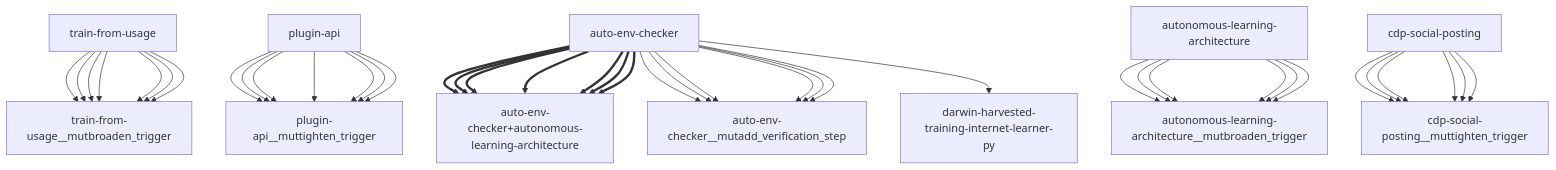
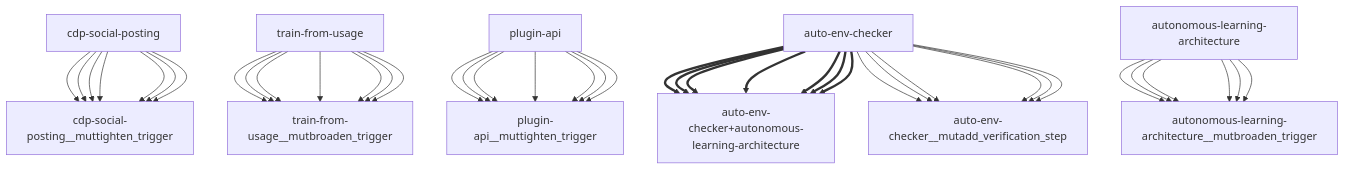
The diagram in reports/darwin-report.md (openamer/openamer), drawn with Mermaid before and after one commit. The commit also changed other lines of this file and 4 other files, not shown here.

````diff
--- a/reports/darwin-report.md
+++ b/reports/darwin-report.md
@@ -66,43 +66,43 @@
 ```mermaid
 graph TD
+    cdp-social-posting["cdp-social-posting"] --> cdp-social-posting__muttighten_trigger["cdp-social-posting__muttighten_trigger"]
     train-from-usage["train-from-usage"] --> train-from-usage__mutbroaden_trigger["train-from-usage__mutbroaden_trigger"]
     plugin-api["plugin-api"] --> plugin-api__muttighten_trigger["plugin-api__muttighten_trigger"]
     auto-env-checker["auto-env-checker"] ==> auto-env-checker+autonomous-learning-architecture["auto-env-checker+autonomous-learning-architecture"]
     auto-env-checker["auto-env-checker"] --> auto-env-checker__mutadd_verification_step["auto-env-checker__mutadd_verification_step"]
     autonomous-learning-architecture["autonomous-learning-architecture"] --> autonomous-learning-architecture__mutbroaden_trigger["autonomous-learning-architecture__mutbroaden_trigger"]
     cdp-social-posting["cdp-social-posting"] --> cdp-social-posting__muttighten_trigger["cdp-social-posting__muttighten_trigger"]
     train-from-usage["train-from-usage"] --> train-from-usage__mutbroaden_trigger["train-from-usage__mutbroaden_trigger"]
     plugin-api["plugin-api"] --> plugin-api__muttighten_trigger["plugin-api__muttighten_trigger"]
     auto-env-checker["auto-env-checker"] ==> auto-env-checker+autonomous-learning-architecture["auto-env-checker+autonomous-learning-architecture"]
     auto-env-checker["auto-env-checker"] --> auto-env-checker__mutadd_verification_step["auto-env-checker__mutadd_verification_step"]
     autonomous-learning-architecture["autonomous-learning-architecture"] --> autonomous-learning-architecture__mutbroaden_trigger["autonomous-learning-architecture__mutbroaden_trigger"]
     cdp-social-posting["cdp-social-posting"] --> cdp-social-posting__muttighten_trigger["cdp-social-posting__muttighten_trigger"]
     train-from-usage["train-from-usage"] --> train-from-usage__mutbroaden_trigger["train-from-usage__mutbroaden_trigger"]
     plugin-api["plugin-api"] --> plugin-api__muttighten_trigger["plugin-api__muttighten_trigger"]
     auto-env-checker["auto-env-checker"] ==> auto-env-checker+autonomous-learning-architecture["auto-env-checker+autonomous-learning-architecture"]
     auto-env-checker["auto-env-checker"] --> auto-env-checker__mutadd_verification_step["auto-env-checker__mutadd_verification_step"]
     autonomous-learning-architecture["autonomous-learning-architecture"] --> autonomous-learning-architecture__mutbroaden_trigger["autonomous-learning-architecture__mutbroaden_trigger"]
     cdp-social-posting["cdp-social-posting"] --> cdp-social-posting__muttighten_trigger["cdp-social-posting__muttighten_trigger"]
     train-from-usage["train-from-usage"] --> train-from-usage__mutbroaden_trigger["train-from-usage__mutbroaden_trigger"]
     plugin-api["plugin-api"] --> plugin-api__muttighten_trigger["plugin-api__muttighten_trigger"]
     auto-env-checker["auto-env-checker"] ==> auto-env-checker+autonomous-learning-architecture["auto-env-checker+autonomous-learning-architecture"]
-    auto-env-checker["auto-env-checker"] --> darwin-harvested-training-internet-learner-py["darwin-harvested-training-internet-learner-py"]
     auto-env-checker["auto-env-checker"] --> auto-env-checker__mutadd_verification_step["auto-env-checker__mutadd_verification_step"]
     autonomous-learning-architecture["autonomous-learning-architecture"] --> autonomous-learning-architecture__mutbroaden_trigger["autonomous-learning-architecture__mutbroaden_trigger"]
     cdp-social-posting["cdp-social-posting"] --> cdp-social-posting__muttighten_trigger["cdp-social-posting__muttighten_trigger"]
     train-from-usage["train-from-usage"] --> train-from-usage__mutbroaden_trigger["train-from-usage__mutbroaden_trigger"]
     plugin-api["plugin-api"] --> plugin-api__muttighten_trigger["plugin-api__muttighten_trigger"]
     auto-env-checker["auto-env-checker"] ==> auto-env-checker+autonomous-learning-architecture["auto-env-checker+autonomous-learning-architecture"]
     auto-env-checker["auto-env-checker"] --> auto-env-checker__mutadd_verification_step["auto-env-checker__mutadd_verification_step"]
     autonomous-learning-architecture["autonomous-learning-architecture"] --> autonomous-learning-architecture__mutbroaden_trigger["autonomous-learning-architecture__mutbroaden_trigger"]
     cdp-social-posting["cdp-social-posting"] --> cdp-social-posting__muttighten_trigger["cdp-social-posting__muttighten_trigger"]
     train-from-usage["train-from-usage"] --> train-from-usage__mutbroaden_trigger["train-from-usage__mutbroaden_trigger"]
     plugin-api["plugin-api"] --> plugin-api__muttighten_trigger["plugin-api__muttighten_trigger"]
     auto-env-checker["auto-env-checker"] ==> auto-env-checker+autonomous-learning-architecture["auto-env-checker+autonomous-learning-architecture"]
     auto-env-checker["auto-env-checker"] --> auto-env-checker__mutadd_verification_step["auto-env-checker__mutadd_verification_step"]
     autonomous-learning-architecture["autonomous-learning-architecture"] --> autonomous-learning-architecture__mutbroaden_trigger["autonomous-learning-architecture__mutbroaden_trigger"]
     cdp-social-posting["cdp-social-posting"] --> cdp-social-posting__muttighten_trigger["cdp-social-posting__muttighten_trigger"]
     train-from-usage["train-from-usage"] --> train-from-usage__mutbroaden_trigger["train-from-usage__mutbroaden_trigger"]
     plugin-api["plugin-api"] --> plugin-api__muttighten_trigger["plugin-api__muttighten_trigger"]
     auto-env-checker["auto-env-checker"] ==> auto-env-checker+autonomous-learning-architecture["auto-env-checker+autonomous-learning-architecture"]
 ```
````
